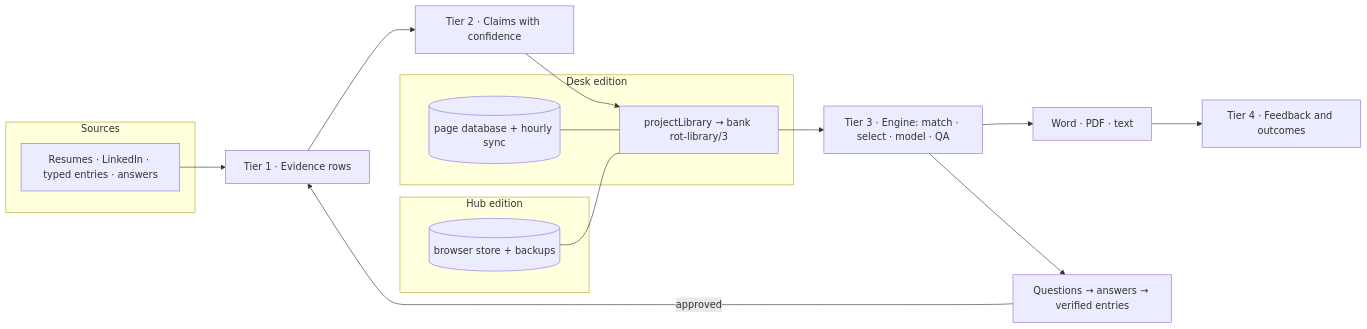
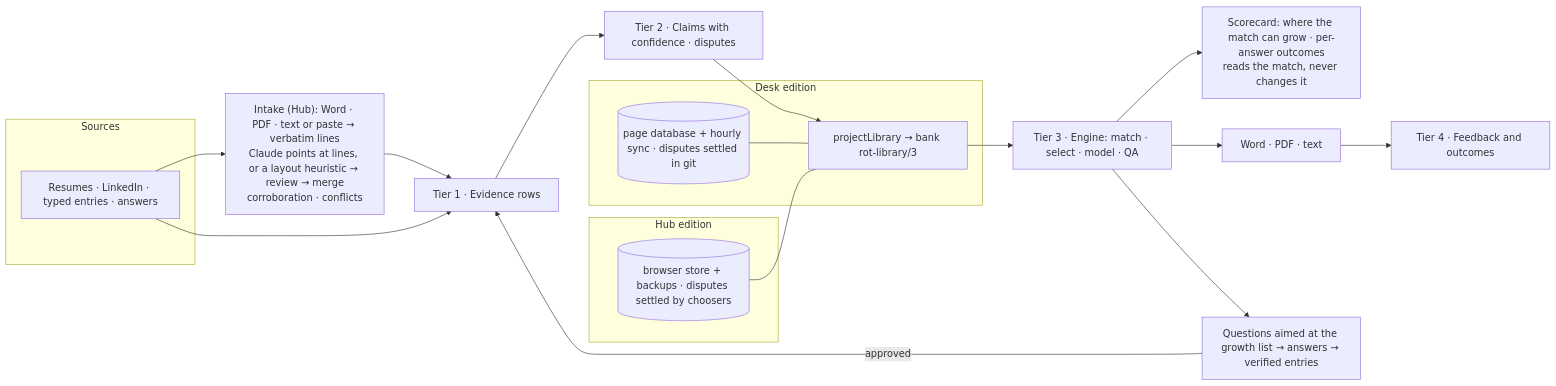
The diagram in docs/wiki/architecture.md (timrking11-blip/resume-optimization-tool), drawn with Mermaid before and after one commit. The commit also changed other lines of this file and 12 other files, not shown here.

````diff
--- a/docs/wiki/architecture.md
+++ b/docs/wiki/architecture.md
@@ -26,20 +27,23 @@
 ```mermaid
 flowchart LR
   subgraph Sources
     R[Resumes · LinkedIn · typed entries · answers]
   end
-  R --> E[Tier 1 · Evidence rows]
-  E --> C[Tier 2 · Claims with confidence]
+  R --> I["Intake (Hub): Word · PDF · text or paste → verbatim lines<br/>Claude points at lines, or a layout heuristic → review → merge<br/>corroboration · conflicts"]
+  I --> E[Tier 1 · Evidence rows]
+  R --> E
+  E --> C[Tier 2 · Claims with confidence · disputes]
   C --> P[projectLibrary → bank rot-library/3]
   P --> G[Tier 3 · Engine: match · select · model · QA]
+  G --> S["Scorecard: where the match can grow · per-answer outcomes<br/>reads the match, never changes it"]
   G --> D[Word · PDF · text]
-  G --> Q[Questions → answers → verified entries]
+  G --> Q[Questions aimed at the growth list → answers → verified entries]
   Q -- approved --> E
   D --> F[Tier 4 · Feedback and outcomes]
   subgraph Desk edition
-    DB[(page database + hourly sync)] --- P
+    DB[(page database + hourly sync · disputes settled in git)] --- P
   end
   subgraph Hub edition
-    BS[(browser store + backups)] --- P
+    BS[(browser store + backups · disputes settled by choosers)] --- P
   end
 ```
````
